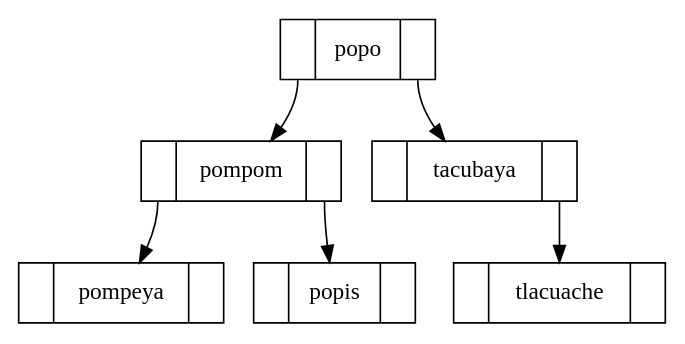
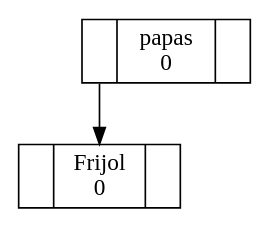
Before and after one commit to carlostex98/Block-Lib: the diagram in avl.dot, drawn with Graphviz. The commit also changed 12 other files, not shown here.

```diff
--- a/avl.dot
+++ b/avl.dot
@@ -1,16 +1,8 @@
 digraph sls{
 node [shape=record];
-popo[label="<C0>|popo|<C1> " ]; 
-tacubaya[label="<C0>|tacubaya|<C1> " ]; 
-tlacuache[label="<C0>|tlacuache|<C1> " ]; 
-pompom[label="<C0>|pompom|<C1> " ]; 
-popis[label="<C0>|popis|<C1> " ]; 
-pompeya[label="<C0>|pompeya|<C1> " ]; 
+papas[label="<C0>|papas\n0|<C1> " ]; 
+Frijol[label="<C0>|Frijol\n0|<C1> " ]; 
 
-popo:C1->tacubaya; 
-popo:C0->pompom; 
-pompom:C1->popis; 
-pompom:C0->pompeya; 
-tacubaya:C1->tlacuache; 
+papas:C0->Frijol; 
 
 }
```
